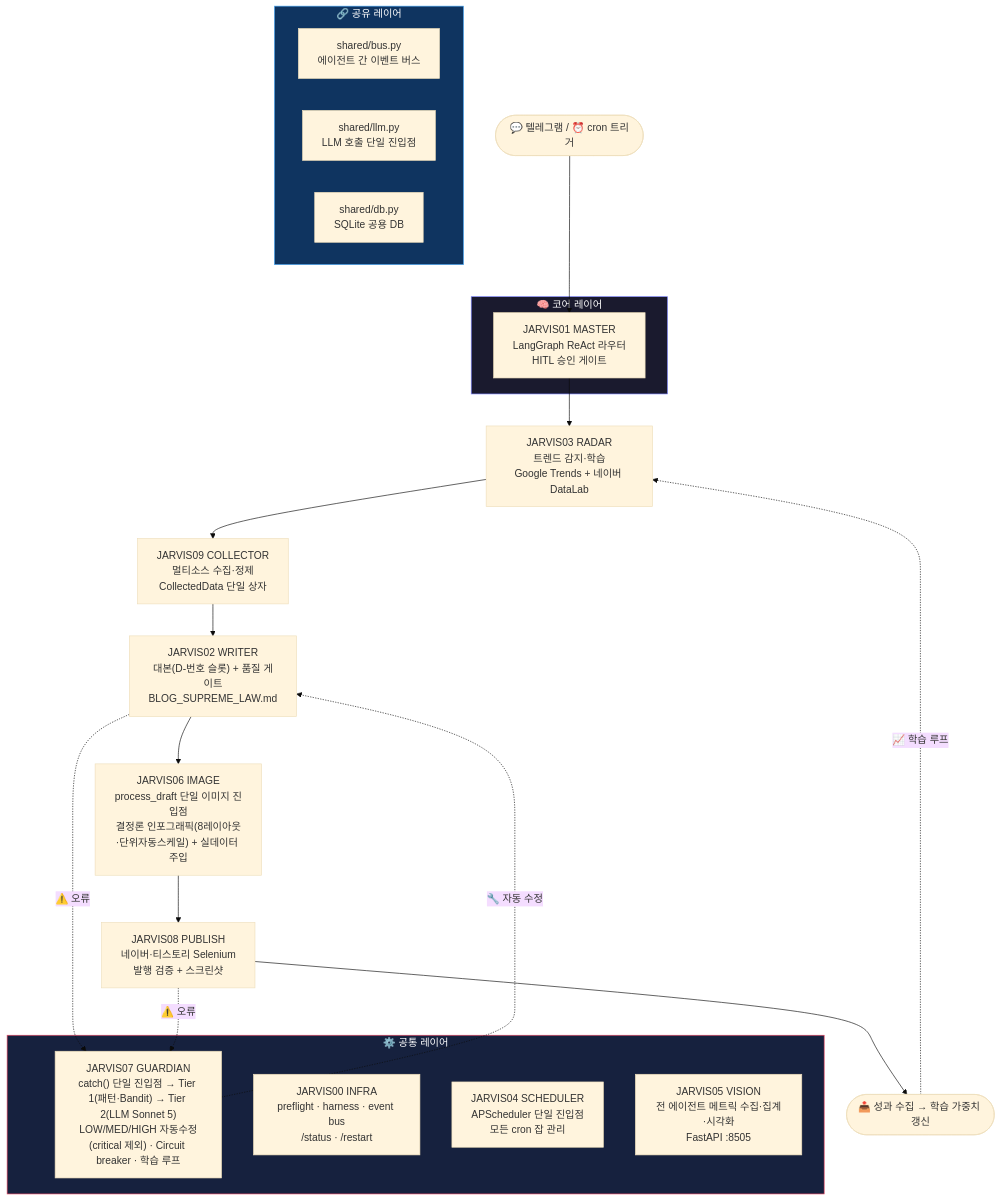
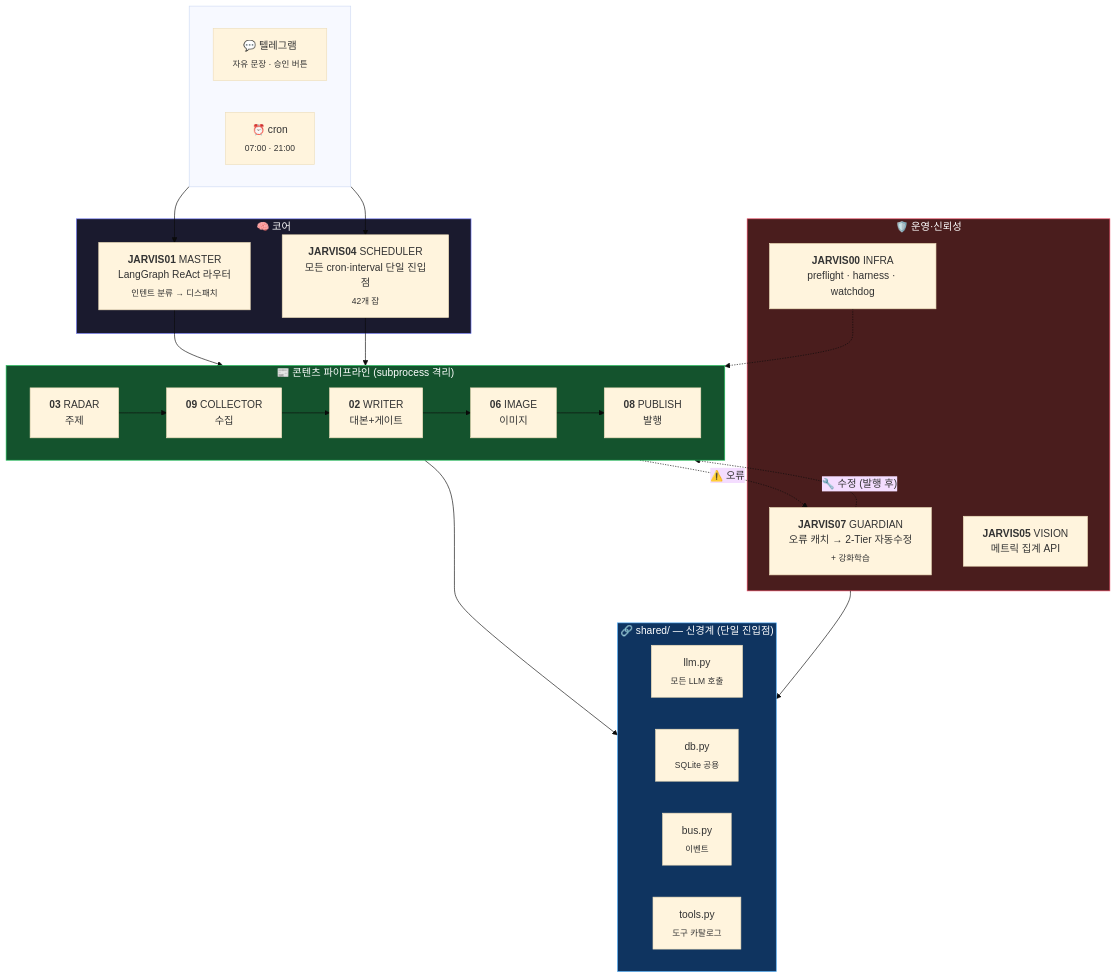
One commit to youandi3535/jarvis-agent changed the second of 6 diagrams in README.md. Above: the diagram before and after it, drawn with Mermaid (base theme). The commit also changed other lines of this file and 3 other files, not shown here.

````diff
--- a/README.md
+++ b/README.md
@@ -130,37 +76,47 @@
 ```mermaid
-flowchart TD
-    A(["💬 텔레그램 / ⏰ cron 트리거"]) --> B
-
-    subgraph CORE["🧠 코어 레이어"]
-        B["JARVIS01 MASTER\nLangGraph ReAct 라우터\nHITL 승인 게이트"]
+flowchart TB
+    subgraph EXT[" "]
+        direction LR
+        TG["💬 텔레그램<br/><sub>자유 문장 · 승인 버튼</sub>"]
+        CRON["⏰ cron<br/><sub>07:00 · 21:00</sub>"]
     end
 
-    B --> C["JARVIS03 RADAR\n트렌드 감지·학습\nGoogle Trends + 네이버 DataLab"]
-    C --> D["JARVIS09 COLLECTOR\n멀티소스 수집·정제\nCollectedData 단일 상자"]
-    D --> E["JARVIS02 WRITER\n대본(D-번호 슬롯) + 품질 게이트\nBLOG_SUPREME_LAW.md"]
-    E --> F["JARVIS06 IMAGE\nprocess_draft 단일 이미지 진입점\n결정론 인포그래픽(8레이아웃·단위자동스케일) + 실데이터 주입"]
-    F --> G["JARVIS08 PUBLISH\n네이버·티스토리 Selenium\n발행 검증 + 스크린샷"]
-    G --> H(["📤 성과 수집 → 학습 가중치 갱신"])
-    H -. "📈 학습 루프" .-> C
-
-    subgraph COMMON["⚙️ 공통 레이어"]
-        I["JARVIS07 GUARDIAN\ncatch() 단일 진입점 → Tier 1(패턴·Bandit) → Tier 2(LLM Sonnet 5)\nLOW/MED/HIGH 자동수정(critical 제외) · Circuit breaker · 학습 루프"]
-        J["JARVIS00 INFRA\npreflight · harness · event bus\n/status · /restart"]
-        K["JARVIS04 SCHEDULER\nAPScheduler 단일 진입점\n모든 cron 잡 관리"]
-        O["JARVIS05 VISION\n전 에이전트 메트릭 수집·집계·시각화\nFastAPI :8505"]
+    subgraph CORE["🧠 코어"]
+        M["<b>JARVIS01</b> MASTER<br/>LangGraph ReAct 라우터<br/><sub>인텐트 분류 → 디스패치</sub>"]
+        S["<b>JARVIS04</b> SCHEDULER<br/>모든 cron·interval 단일 진입점<br/><sub>42개 잡</sub>"]
     end
 
-    E -. "⚠️ 오류" .-> I
-    G -. "⚠️ 오류" .-> I
-    I -. "🔧 자동 수정" .-> E
-
-    subgraph SHARED["🔗 공유 레이어"]
-        L["shared/bus.py\n에이전트 간 이벤트 버스"]
-        M["shared/llm.py\nLLM 호출 단일 진입점"]
-        N["shared/db.py\nSQLite 공용 DB"]
+    subgraph PIPE["📰 콘텐츠 파이프라인 (subprocess 격리)"]
+        direction LR
+        R3["<b>03</b> RADAR<br/>주제"] --> C9["<b>09</b> COLLECTOR<br/>수집"] --> W2["<b>02</b> WRITER<br/>대본+게이트"] --> I6["<b>06</b> IMAGE<br/>이미지"] --> P8["<b>08</b> PUBLISH<br/>발행"]
     end
 
+    subgraph OPS["🛡️ 운영·신뢰성"]
+        G7["<b>JARVIS07</b> GUARDIAN<br/>오류 캐치 → 2-Tier 자동수정<br/><sub>+ 강화학습</sub>"]
+        I0["<b>JARVIS00</b> INFRA<br/>preflight · harness · watchdog"]
+        V5["<b>JARVIS05</b> VISION<br/>메트릭 집계 API"]
+    end
+
+    subgraph SH["🔗 shared/ — 신경계 (단일 진입점)"]
+        direction LR
+        SL["llm.py<br/><sub>모든 LLM 호출</sub>"]
+        SD["db.py<br/><sub>SQLite 공용</sub>"]
+        SB["bus.py<br/><sub>이벤트</sub>"]
+        ST["tools.py<br/><sub>도구 카탈로그</sub>"]
+    end
+
+    TG --> M
+    CRON --> S
+    M --> PIPE
+    S --> PIPE
+    PIPE -. "⚠️ 오류" .-> G7
+    G7 -. "🔧 수정 (발행 후)" .-> PIPE
+    I0 -.-> PIPE
+    PIPE --> SH
+    OPS --> SH
+
     style CORE fill:#1a1a2e,stroke:#7c83fd,color:#fff
-    style COMMON fill:#16213e,stroke:#e94560,color:#fff
-    style SHARED fill:#0f3460,stroke:#4dabf7,color:#fff
+    style PIPE fill:#14532d,stroke:#22c55e,color:#fff
+    style OPS fill:#4a1d1d,stroke:#e94560,color:#fff
+    style SH fill:#0f3460,stroke:#4dabf7,color:#fff
 ```
````
